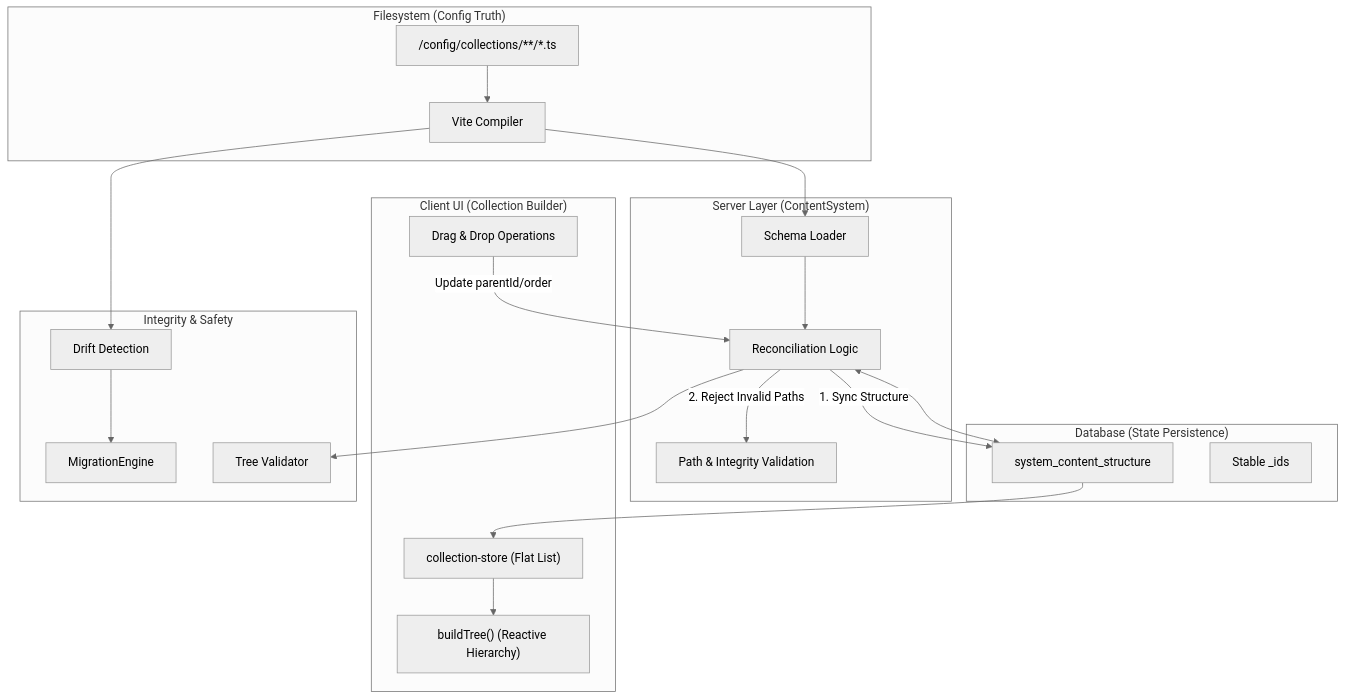
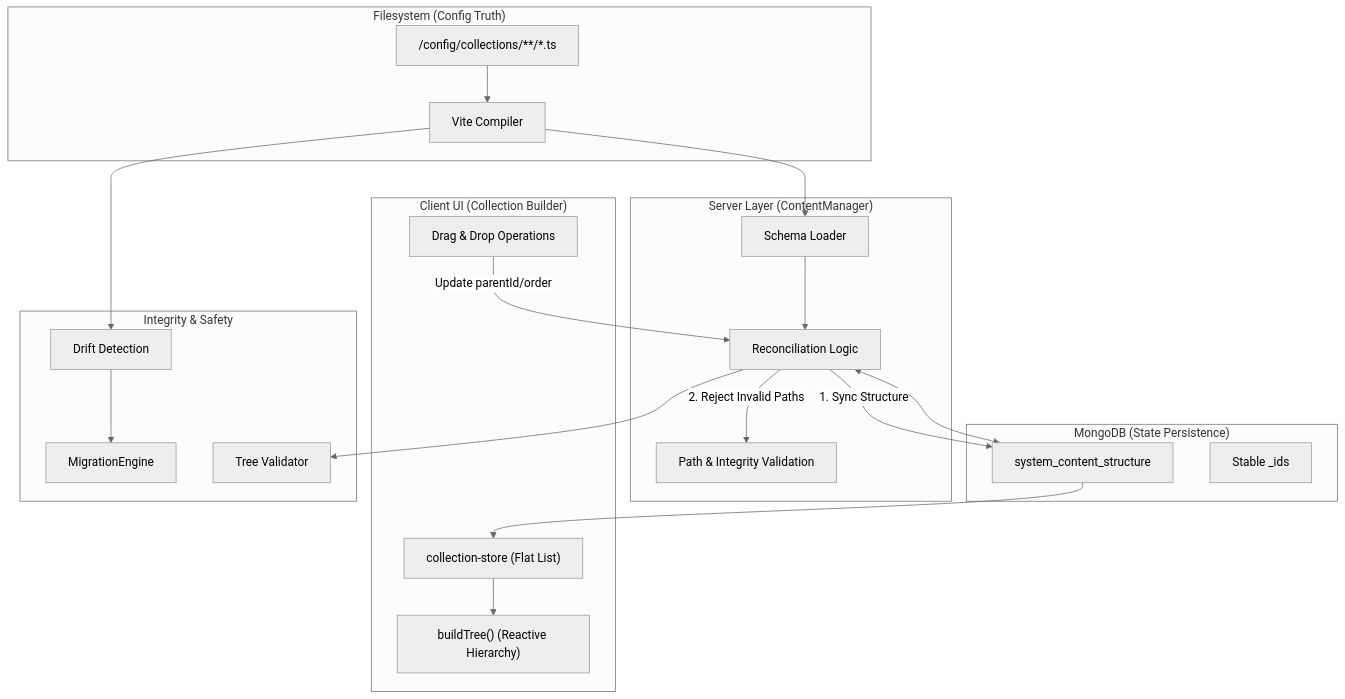
One commit to SveltyCMS/SveltyCMS changed the diagram in docs/architecture/collection-builder-architecture.mdx. Above: the diagram before and after it, drawn with Mermaid (neutral theme). The commit also changed other lines of this file and 1049 other files, not shown here.

````diff
--- a/docs/architecture/collection-builder-architecture.mdx
+++ b/docs/architecture/collection-builder-architecture.mdx
@@ -29,47 +29,47 @@
 ```mermaid
 graph TD
     subgraph Filesystem ["Filesystem (Config Truth)"]
         FS_Collections["/config/collections/**/*.ts"]
         FS_Compiler["Vite Compiler"]
     end
 
-    subgraph Server_Layer ["Server Layer (ContentSystem)"]
+    subgraph Server_Layer ["Server Layer (ContentManager)"]
         CM_Loader["Schema Loader"]
         CM_Reconcile["Reconciliation Logic"]
         CM_Validation["Path & Integrity Validation"]
     end
 
-    subgraph Database ["Database (State Persistence)"]
+    subgraph Database ["MongoDB (State Persistence)"]
         DB_Nodes["system_content_structure"]
         DB_IDs["Stable _ids"]
     end
 
     subgraph Client_UI ["Client UI (Collection Builder)"]
         UI_Store["collection-store (Flat List)"]
         UI_Tree["buildTree() (Reactive Hierarchy)"]
         UI_Drag["Drag & Drop Operations"]
     end
 
     FS_Collections --> FS_Compiler
     FS_Compiler --> CM_Loader
     CM_Loader --> CM_Reconcile
 
     DB_Nodes <--> CM_Reconcile
 
     CM_Reconcile -- "1. Sync Structure" --> DB_Nodes
     CM_Reconcile -- "2. Reject Invalid Paths" --> CM_Validation
 
     DB_Nodes --> UI_Store
     UI_Store --> UI_Tree
     UI_Drag -- "Update parentId/order" --> CM_Reconcile
 
     subgraph Integrity_Layer ["Integrity & Safety"]
         Migration_Engine["MigrationEngine"]
         Drift_Detection["Drift Detection"]
         Tree_Validation["Tree Validator"]
     end
 
     CM_Reconcile --> Tree_Validation
     FS_Compiler --> Drift_Detection
     Drift_Detection --> Migration_Engine
 ```
````
